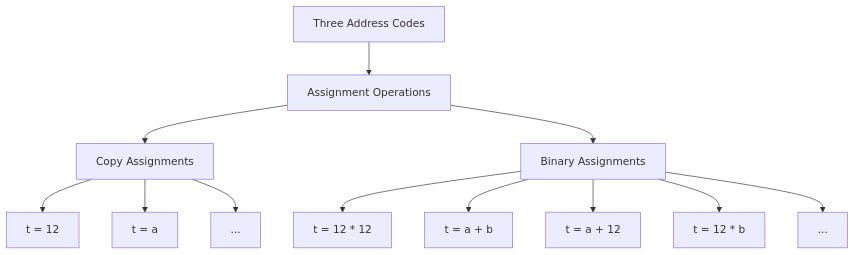
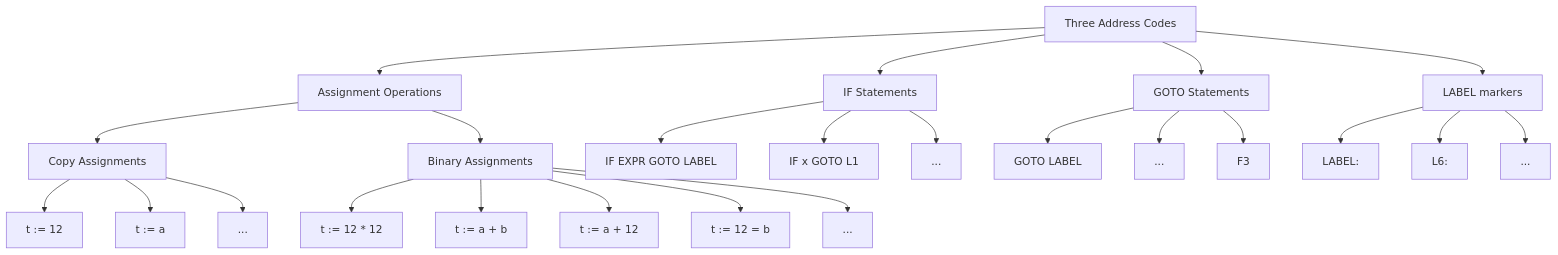
Before and after one commit to xemadp/Compiler4031: the diagram in README.md, drawn with Mermaid. The commit also changed other lines of this file, not shown here.

````diff
--- a/README.md
+++ b/README.md
@@ -20,27 +25,51 @@
 ```mermaid
 graph TD
     A[Three Address Codes]
     B[Assignment Operations]
     C[Copy Assignments]
     D[Binary Assignments]
-    E1["t = 12"]
-    E2["t = a"]
+    E[IF Statements]
+    F[GOTO Statements]
+    G[LABEL markers]
+    C1["t := 12"]
+    C2["t := a"]
+    C3["..."]
+    D1["t := 12 * 12"]
+    D2["t := a + b"]
+    D3["t := a + 12"]
+    D4["t := 12 = b"]
+    D5["..."]
+    E1["IF EXPR GOTO LABEL"]
+    E2["IF x GOTO L1"]
     E3["..."]
-    F1["t = 12 * 12"]
-    F2["t = a + b"]
-    F3["t = a + 12"]
-    F4["t = 12 * b"]
-    F5["..."]
+    F1["GOTO LABEL"]
+    F2["GOTO L2"]
+    F2["..."]
+    G1["LABEL:"]
+    G2["L6:"]
+    G3["..."]
 
     A --> B
+    A --> E
+    A --> F
+    A --> G
     B --> C
     B --> D
-    C --> E1
-    C --> E2
-    C --> E3
-    D --> F1
-    D --> F2
-    D --> F3
-    D --> F4
-    D --> F5
+    C --> C1
+    C --> C2
+    C --> C3
+    D --> D1 
+    D --> D2
+    D --> D3
+    D --> D4
+    D --> D5
+    E --> E1
+    E --> E2
+    E --> E3
+    F --> F1
+    F --> F2
+    F --> F3
+    G --> G1
+    G --> G2
+    G --> G3
 ```
````
